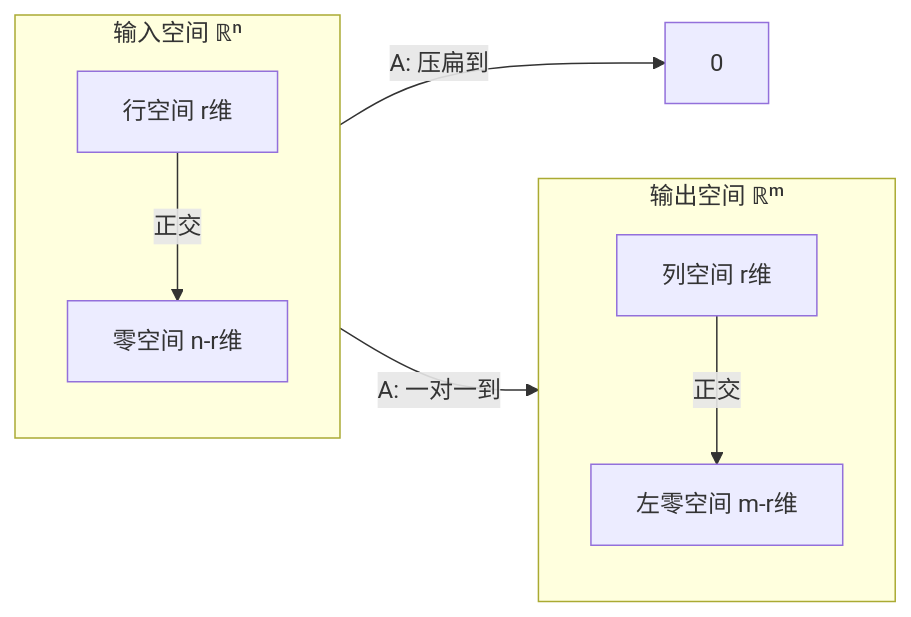
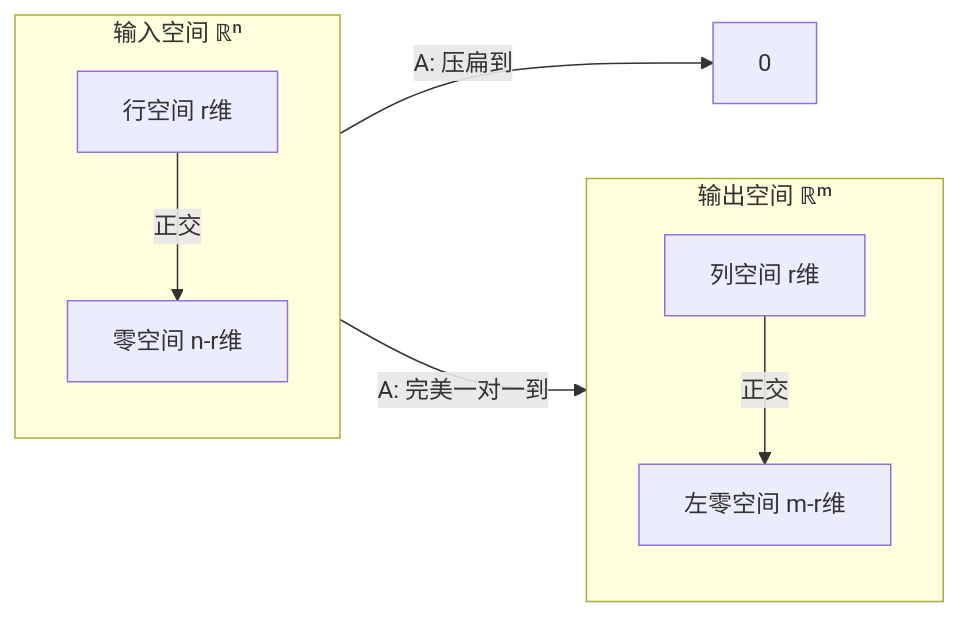
The diagram in docs/ai-math/linear-algebra/elimination-and-subspaces.md (MegumiKaor1/Blog), drawn with Mermaid before and after one commit. The commit also changed other lines of this file and 5 other files, not shown here.

````diff
--- a/docs/ai-math/linear-algebra/elimination-and-subspaces.md
+++ b/docs/ai-math/linear-algebra/elimination-and-subspaces.md
@@ -54,17 +106,17 @@
 ```mermaid
 graph LR
     subgraph 输入空间 ℝⁿ
         direction TB
         RS[行空间 r维]
         NS[零空间 n-r维]
     end
     subgraph 输出空间 ℝᵐ
         direction TB
         CS[列空间 r维]
         LNS[左零空间 m-r维]
     end
-    RS -->|A: 一对一到| CS
+    RS -->|A: 完美一对一到| CS
     NS -->|A: 压扁到| Zero[0]
     RS -->|正交| NS
     CS -->|正交| LNS
 ```
````
